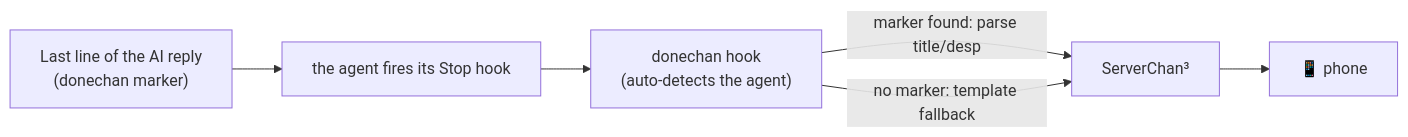
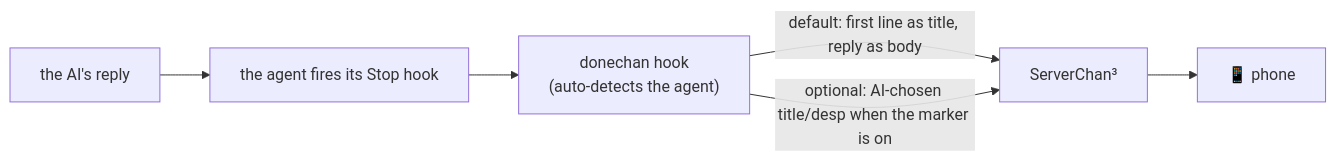
One commit to SnowSwordScholar/DoneChan changed the diagram in README.en.md. Above: the diagram before and after it, drawn with Mermaid. The commit also changed other lines of this file and 7 other files, not shown here.

First line of the commit message:
feat!: make the marker protocol opt-in and add `donechan uninstall`

````diff
--- a/README.en.md
+++ b/README.en.md
@@ -36,12 +36,12 @@
 ```mermaid
 flowchart LR
-    A["Last line of the AI reply<br/>(donechan marker)"]
+    A["the AI's reply"]
     B["the agent fires its Stop hook"]
     C["donechan hook<br/>(auto-detects the agent)"]
     D["ServerChan³"]
     E["📱 phone"]
     A --> B --> C
-    C -->|"marker found: parse title/desp"| D
-    C -->|"no marker: template fallback"| D
+    C -->|"default: first line as title, reply as body"| D
+    C -->|"optional: AI-chosen title/desp when the marker is on"| D
     D --> E
 ```
````
